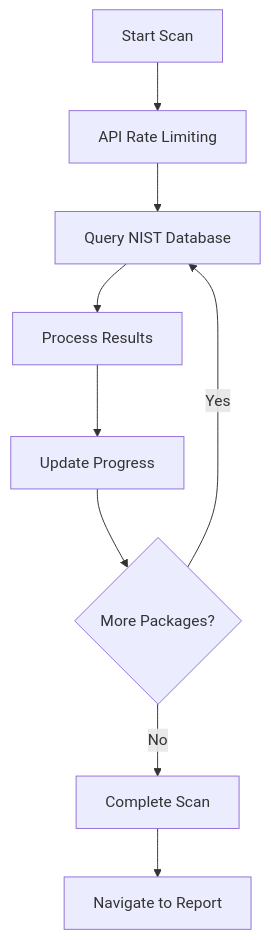
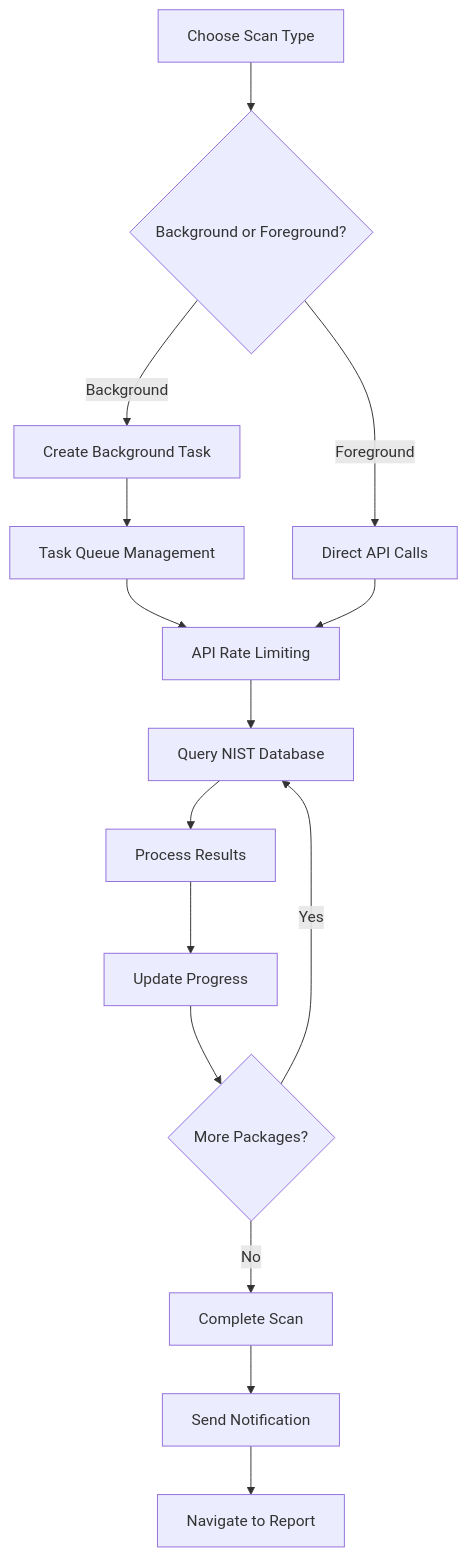
The second of 4 diagrams in README.md (Jhih-Ting23472002/CVES-NIST), drawn with Mermaid before and after one commit. The commit also changed other lines of this file, not shown here.

````diff
--- a/README.md
+++ b/README.md
@@ -343,11 +419,17 @@
 ```mermaid
 graph TD
-    A[Start Scan] --> B[API Rate Limiting]
-    B --> C[Query NIST Database]
-    C --> D[Process Results]
-    D --> E[Update Progress]
-    E --> F{More Packages?}
-    F -->|Yes| C
-    F -->|No| G[Complete Scan]
-    G --> H[Navigate to Report]
+    A[Choose Scan Type] --> B{Background or Foreground?}
+    B -->|Background| C[Create Background Task]
+    B -->|Foreground| D[Direct API Calls]
+    C --> E[Task Queue Management]
+    E --> F[API Rate Limiting]
+    D --> F
+    F --> G[Query NIST Database]
+    G --> H[Process Results]
+    H --> I[Update Progress]
+    I --> J{More Packages?}
+    J -->|Yes| G
+    J -->|No| K[Complete Scan]
+    K --> L[Send Notification]
+    L --> M[Navigate to Report]
 ```
````
